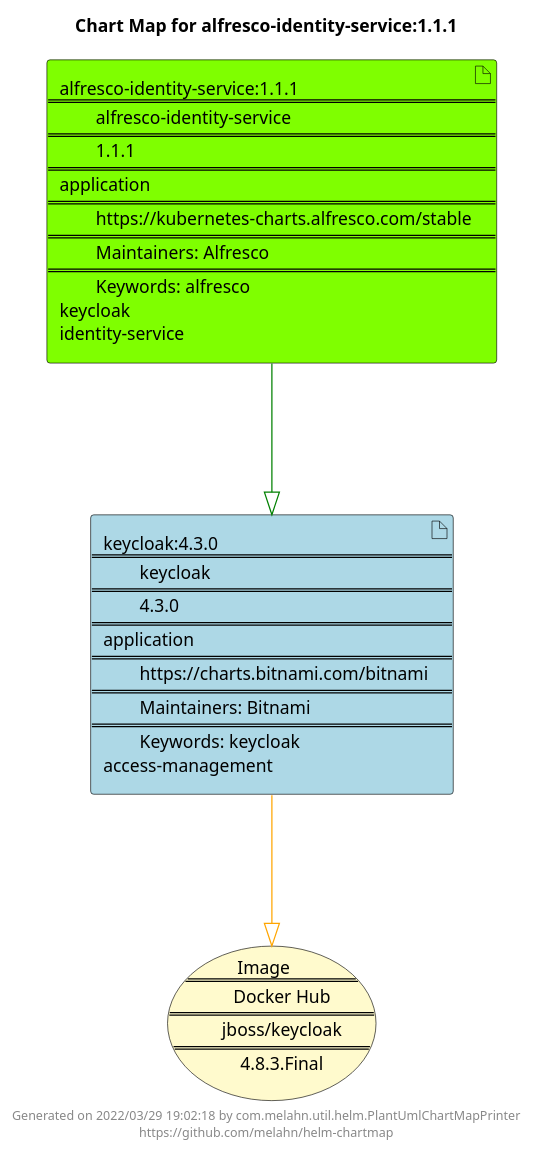
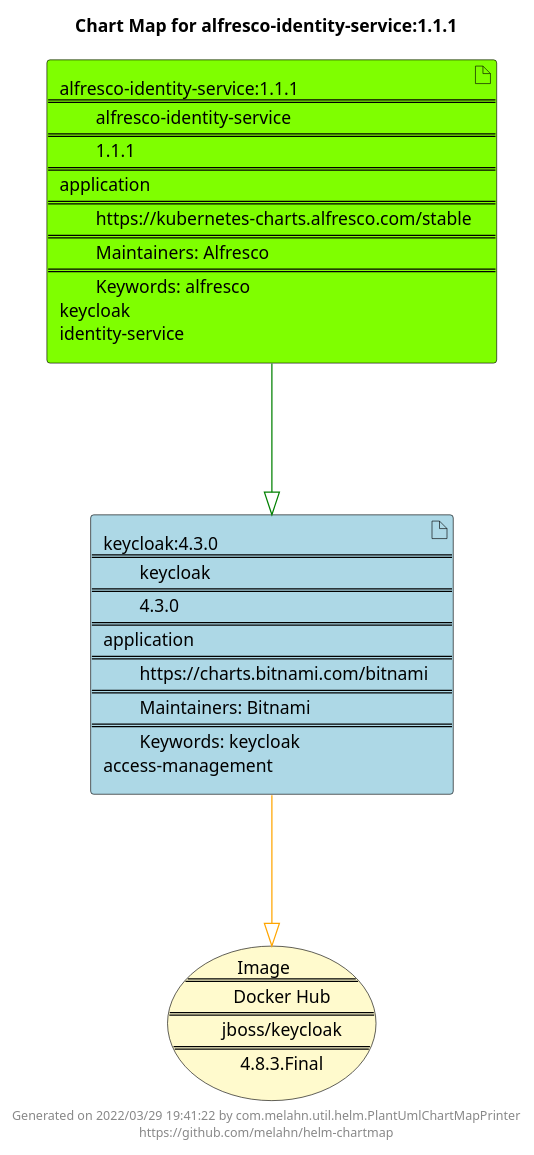
One commit to melahn/helm-chartmap changed the diagram in docs/alfresco-identity-service/alfresco-identity-service-1.1.1.puml. Above: the diagram before and after it, drawn with PlantUML. The commit also changed 51 other files, not shown here.

Commit message:
Update Example Chart Maps as part of GitHub build

```diff
--- a/docs/alfresco-identity-service/alfresco-identity-service-1.1.1.puml
+++ b/docs/alfresco-identity-service/alfresco-identity-service-1.1.1.puml
@@ -1,23 +1,23 @@
 @startuml
 skinparam linetype ortho
 skinparam backgroundColor white
 skinparam usecaseBorderColor black
 skinparam usecaseArrowColor LightSlateGray
 skinparam artifactBorderColor black
 skinparam artifactArrowColor LightSlateGray
 
 title Chart Map for alfresco-identity-service:1.1.1
 
 'There are 2 referenced Helm Charts
 artifact "alfresco-identity-service:1.1.1\n====\n\talfresco-identity-service\n====\n\t1.1.1\n====\napplication\n====\n\thttps://kubernetes-charts.alfresco.com/stable\n====\n\tMaintainers: Alfresco\n====\n\tKeywords: alfresco\nkeycloak\nidentity-service" as alfresco_identity_service_1_1_1 #Chartreuse
 artifact "keycloak:4.3.0\n====\n\tkeycloak\n====\n\t4.3.0\n====\napplication\n====\n\thttps://charts.bitnami.com/bitnami\n====\n\tMaintainers: Bitnami\n====\n\tKeywords: keycloak\naccess-management" as keycloak_4_3_0 #LightBlue
 
 'There is one referenced Docker Image
 usecase "Image\n====\n\tDocker Hub\n====\n\tjboss/keycloak\n====\n\t4.8.3.Final" as jboss_keycloak_4_8_3_Final #LemonChiffon
 
 'Chart Dependencies
 alfresco_identity_service_1_1_1--[#green]-|>keycloak_4_3_0
 keycloak_4_3_0--[#orange]-|>jboss_keycloak_4_8_3_Final
 
-center footer Generated on 2022/03/29 19:02:18 by com.melahn.util.helm.PlantUmlChartMapPrinter\nhttps://github.com/melahn/helm-chartmap
+center footer Generated on 2022/03/29 19:41:22 by com.melahn.util.helm.PlantUmlChartMapPrinter\nhttps://github.com/melahn/helm-chartmap
 @enduml
```
